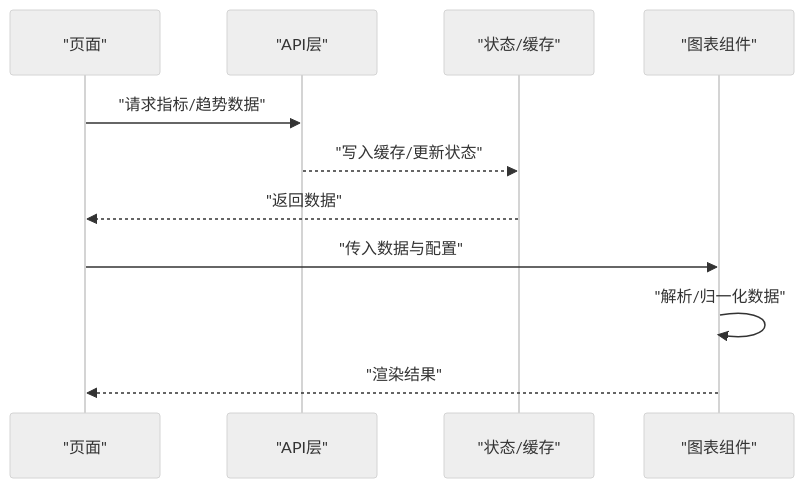
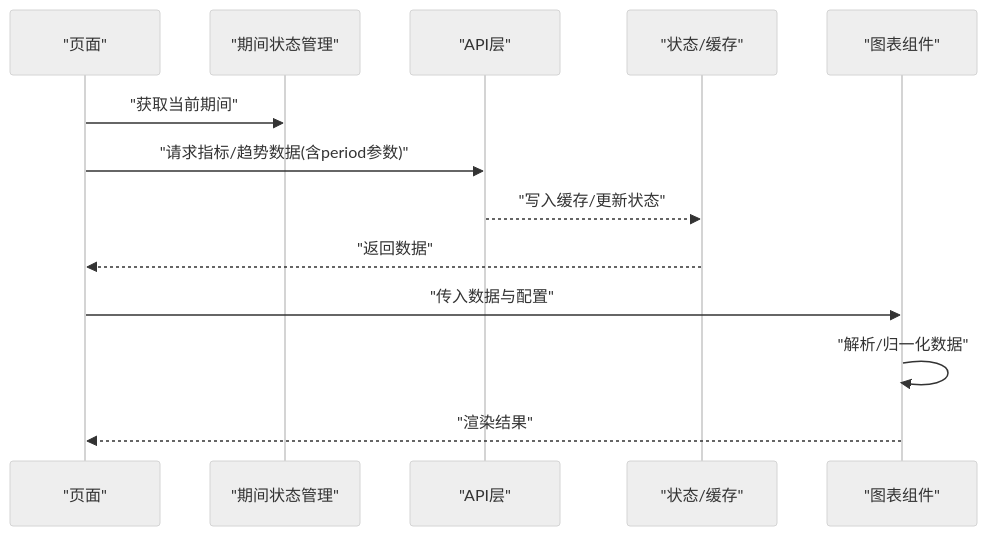
Before and after one commit to Damao997/newproject: the second of 7 diagrams in .qoder/repowiki/zh/content/图表可视化/图表可视化.md, drawn with Mermaid (neutral theme). The commit also changed other lines of this file and 62 other files, not shown here.

````diff
--- a/.qoder/repowiki/zh/content/图表可视化/图表可视化.md
+++ b/.qoder/repowiki/zh/content/图表可视化/图表可视化.md
@@ -139,13 +147,15 @@
 ```mermaid
 sequenceDiagram
 participant Page as "页面"
+participant PeriodStore as "期间状态管理"
 participant API as "API层"
 participant Store as "状态/缓存"
 participant Chart as "图表组件"
-Page->>API : "请求指标/趋势数据"
+Page->>PeriodStore : "获取当前期间"
+Page->>API : "请求指标/趋势数据(含period参数)"
 API-->>Store : "写入缓存/更新状态"
 Store-->>Page : "返回数据"
 Page->>Chart : "传入数据与配置"
 Chart->>Chart : "解析/归一化数据"
 Chart-->>Page : "渲染结果"
 ```
````
